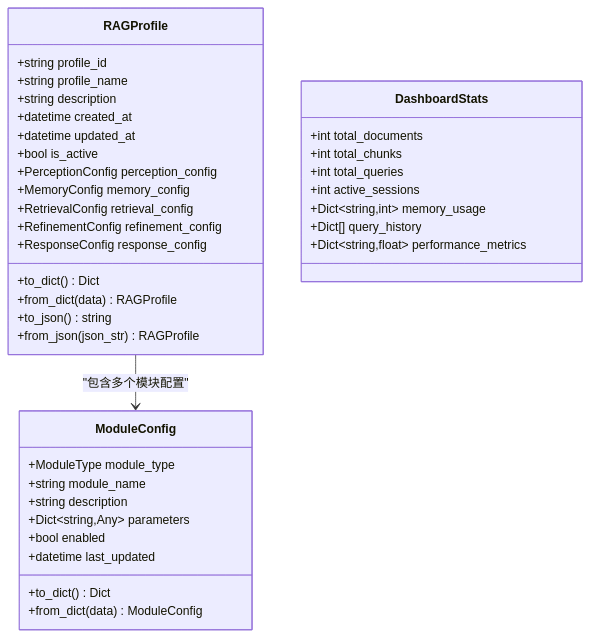
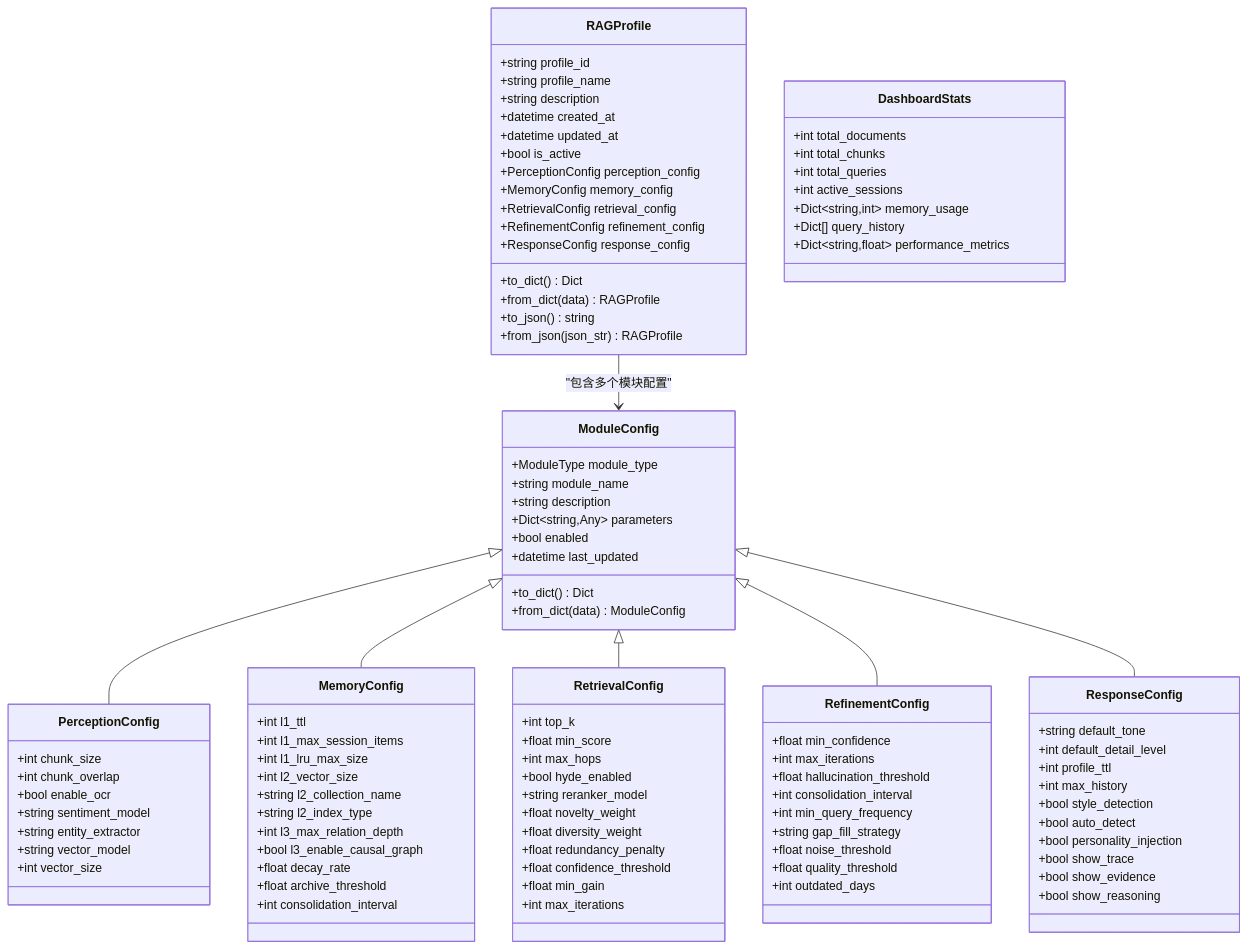
Before and after one commit to JieGaoPrinceton/NecoRAG: the fifth of 7 diagrams in .qoder/repowiki/zh/content/仪表板系统/仪表板系统.md, drawn with Mermaid. The commit also changed other lines of this file and 12 other files, not shown here.

````diff
--- a/.qoder/repowiki/zh/content/仪表板系统/仪表板系统.md
+++ b/.qoder/repowiki/zh/content/仪表板系统/仪表板系统.md
@@ -244,5 +271,68 @@
 +Dict[] query_history
 +Dict~string,float~ performance_metrics
 }
+class PerceptionConfig {
++int chunk_size
++int chunk_overlap
++bool enable_ocr
++string sentiment_model
++string entity_extractor
++string vector_model
++int vector_size
+}
+class MemoryConfig {
++int l1_ttl
++int l1_max_session_items
++int l1_lru_max_size
++int l2_vector_size
++string l2_collection_name
++string l2_index_type
++int l3_max_relation_depth
++bool l3_enable_causal_graph
++float decay_rate
++float archive_threshold
++int consolidation_interval
+}
+class RetrievalConfig {
++int top_k
++float min_score
++int max_hops
++bool hyde_enabled
++string reranker_model
++float novelty_weight
++float diversity_weight
++float redundancy_penalty
++float confidence_threshold
++float min_gain
++int max_iterations
+}
+class RefinementConfig {
++float min_confidence
++int max_iterations
++float hallucination_threshold
++int consolidation_interval
++int min_query_frequency
++string gap_fill_strategy
++float noise_threshold
++float quality_threshold
++int outdated_days
+}
+class ResponseConfig {
++string default_tone
++int default_detail_level
++int profile_ttl
++int max_history
++bool style_detection
++bool auto_detect
++bool personality_injection
++bool show_trace
++bool show_evidence
++bool show_reasoning
+}
 RAGProfile --> ModuleConfig : "包含多个模块配置"
+ModuleConfig <|-- PerceptionConfig
+ModuleConfig <|-- MemoryConfig
+ModuleConfig <|-- RetrievalConfig
+ModuleConfig <|-- RefinementConfig
+ModuleConfig <|-- ResponseConfig
 ```
````
